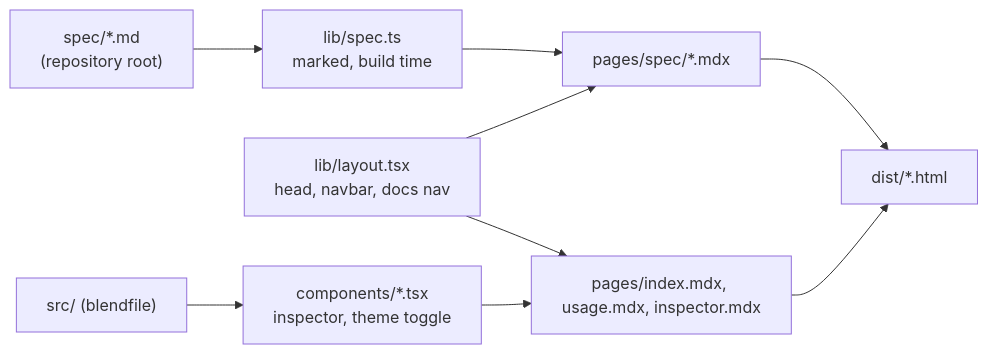
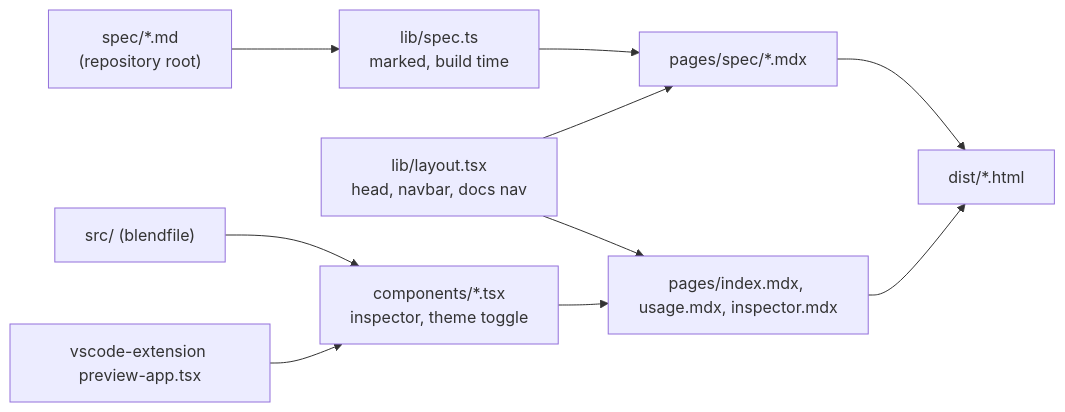
Before and after one commit to Mansi1/blendfile: the diagram in website/ARCH.md, drawn with Mermaid. The commit also changed other lines of this file and 22 other files, not shown here.

````diff
--- a/website/ARCH.md
+++ b/website/ARCH.md
@@ -9,11 +9,12 @@
 ```mermaid
 flowchart LR
   spec["spec/*.md<br/>(repository root)"] --> specLib["lib/spec.ts<br/>marked, build time"]
   specLib --> pages["pages/spec/*.mdx"]
   layout["lib/layout.tsx<br/>head, navbar, docs nav"] --> pages
   layout --> mdx["pages/index.mdx, usage.mdx, inspector.mdx"]
   components["components/*.tsx<br/>inspector, theme toggle"] --> mdx
   library["src/ (blendfile)"] --> components
+  preview["vscode-extension preview-app.tsx"] --> components
   pages --> dist["dist/*.html"]
   mdx --> dist
 ```
````
